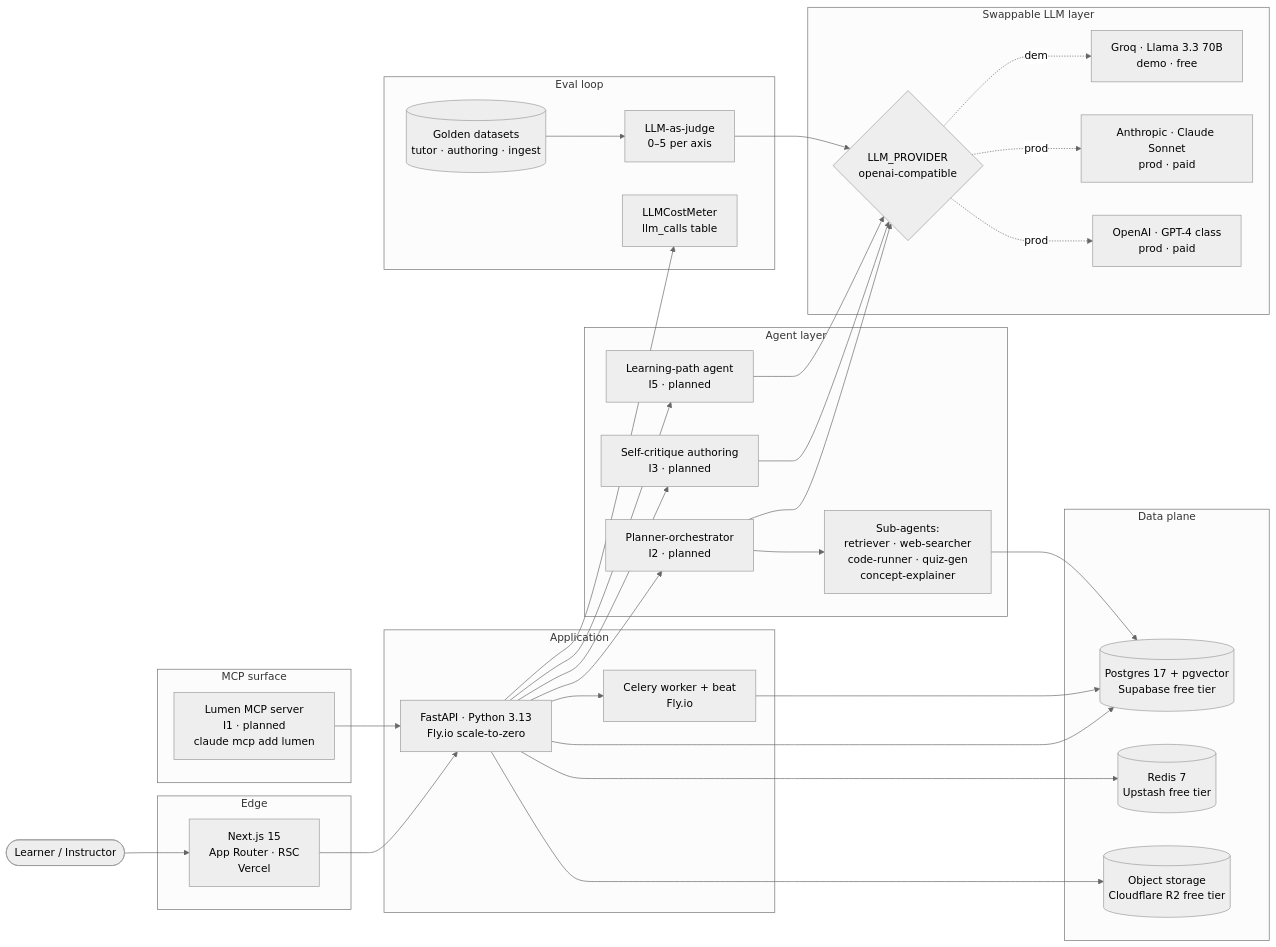
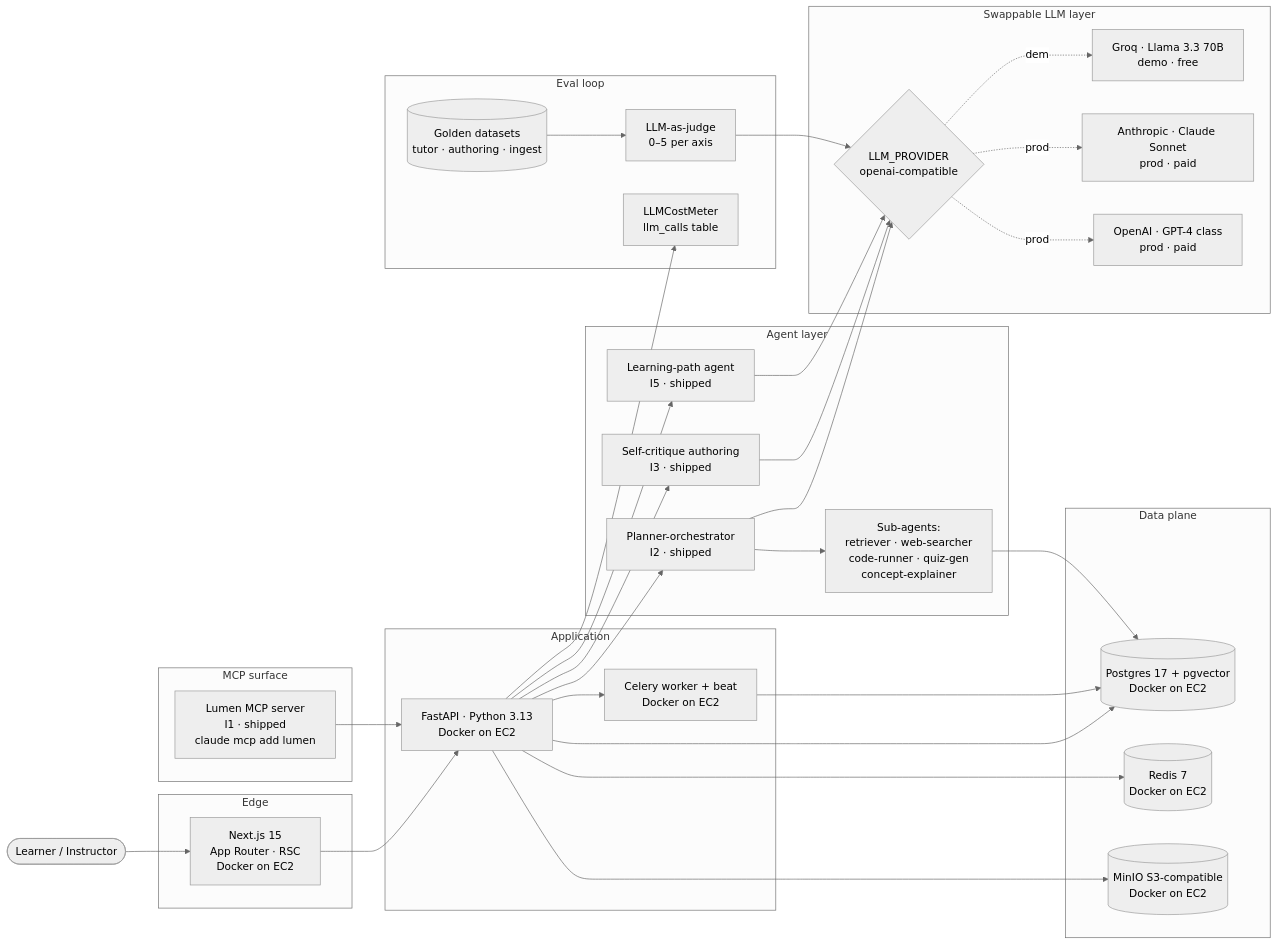
One commit to ahmedEid1/lumen changed the diagram in README.md. Above: the diagram before and after it, drawn with Mermaid (neutral theme). The commit also changed other lines of this file and 136 other files, not shown here.

````diff
--- a/README.md
+++ b/README.md
@@ -38,66 +38,66 @@
 ```mermaid
 flowchart LR
     user([Learner / Instructor])
 
     subgraph Edge[Edge]
-      web[Next.js 15<br/>App Router · RSC<br/>Vercel]
+      web[Next.js 15<br/>App Router · RSC<br/>Docker on EC2]
     end
 
     subgraph App[Application]
-      api[FastAPI · Python 3.13<br/>Fly.io scale-to-zero]
-      worker[Celery worker + beat<br/>Fly.io]
+      api[FastAPI · Python 3.13<br/>Docker on EC2]
+      worker[Celery worker + beat<br/>Docker on EC2]
     end
 
     subgraph Agents[Agent layer]
-      planner[Planner-orchestrator<br/>I2 · planned]
+      planner[Planner-orchestrator<br/>I2 · shipped]
       subs[Sub-agents:<br/>retriever · web-searcher<br/>code-runner · quiz-gen<br/>concept-explainer]
-      authoring[Self-critique authoring<br/>I3 · planned]
-      pathagent[Learning-path agent<br/>I5 · planned]
+      authoring[Self-critique authoring<br/>I3 · shipped]
+      pathagent[Learning-path agent<br/>I5 · shipped]
     end
 
     subgraph MCP[MCP surface]
-      mcp[Lumen MCP server<br/>I1 · planned<br/>claude mcp add lumen]
+      mcp[Lumen MCP server<br/>I1 · shipped<br/>claude mcp add lumen]
     end
 
     subgraph Data[Data plane]
-      pg[(Postgres 17 + pgvector<br/>Supabase free tier)]
-      redis[(Redis 7<br/>Upstash free tier)]
-      r2[(Object storage<br/>Cloudflare R2 free tier)]
+      pg[(Postgres 17 + pgvector<br/>Docker on EC2)]
+      redis[(Redis 7<br/>Docker on EC2)]
+      s3[(MinIO S3-compatible<br/>Docker on EC2)]
     end
 
     subgraph LLM[Swappable LLM layer]
       provider{LLM_PROVIDER<br/>openai-compatible}
       groq[Groq · Llama 3.3 70B<br/>demo · free]
       anthropic[Anthropic · Claude Sonnet<br/>prod · paid]
       openai[OpenAI · GPT-4 class<br/>prod · paid]
     end
 
     subgraph Eval[Eval loop]
       golden[(Golden datasets<br/>tutor · authoring · ingest)]
       judge[LLM-as-judge<br/>0–5 per axis]
       meter[LLMCostMeter<br/>llm_calls table]
     end
 
     user --> web
     web --> api
     api --> pg
     api --> redis
-    api --> r2
+    api --> s3
     api --> worker
     worker --> pg
     api --> planner
     planner --> subs
     subs --> pg
     api --> authoring
     api --> pathagent
     mcp --> api
     planner --> provider
     authoring --> provider
     pathagent --> provider
     provider -.demo.-> groq
     provider -.prod.-> anthropic
     provider -.prod.-> openai
     api --> meter
     golden --> judge
     judge --> provider
 ```
````
